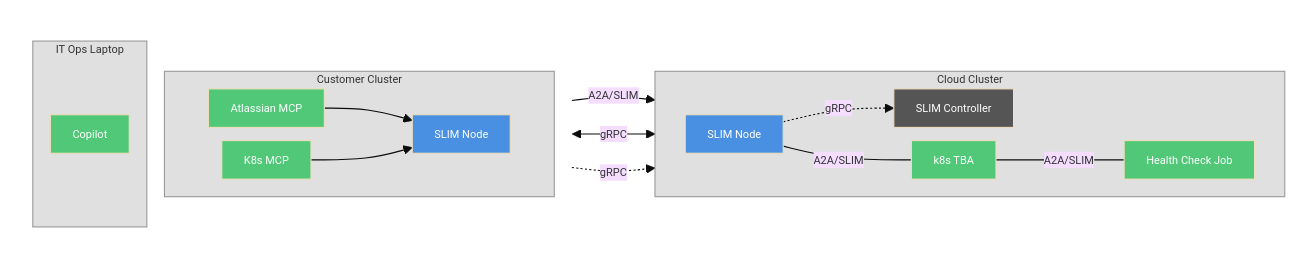
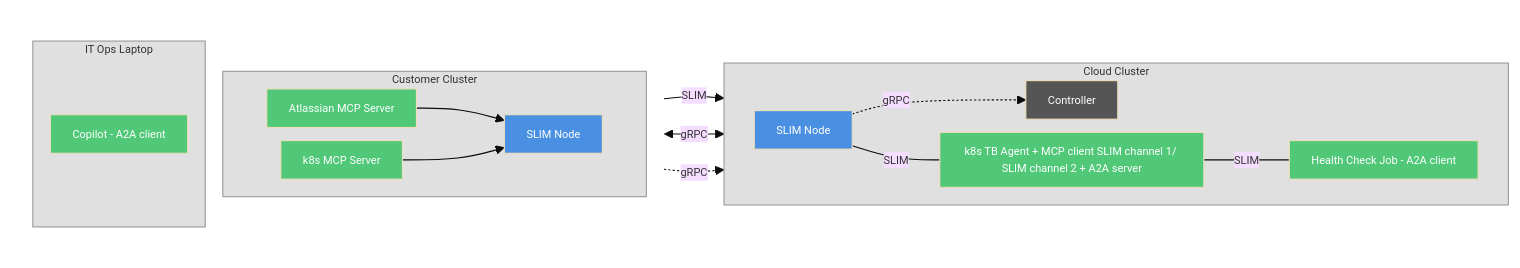
One commit to agntcy/blogs changed the sixth of 7 diagrams in presentations/slim-multicluster-demo/slim-multicluster-demo.md. Above: the diagram before and after it, drawn with Mermaid. The commit also changed other lines of this file, not shown here.

````diff
--- a/presentations/slim-multicluster-demo/slim-multicluster-demo.md
+++ b/presentations/slim-multicluster-demo/slim-multicluster-demo.md
@@ -276,43 +284,43 @@
 ```mermaid
 %%{init: {'theme': 'base', 'themeVariables': {'fontSize': '10px'}, 'flowchart': {'nodeSpacing': 12, 'rankSpacing': 30, 'padding': 10}}}%%
 graph LR
     subgraph Left[" "]
         direction TB
         subgraph Customer[Customer Cluster]
             direction LR
-            AMCP[Atlassian MCP] --> CSN[SLIM Node]
-            KMCP[K8s MCP] --> CSN
+            AMCP[Atlassian MCP Server] --> CSN[SLIM Node]
+            KMCP[k8s MCP Server] --> CSN
         end
         subgraph Laptop[IT Ops Laptop]
-            Copilot[Copilot]
+            Copilot[Copilot - A2A client]
         end
     end
 
     subgraph Cloud[Cloud Cluster]
         direction LR
         SN[SLIM Node]
-        SC[SLIM Controller]
-        HCJ[Health Check Job]
-        K8S[k8s TBA]
+        SC[Controller]
+        HCJ[Health Check Job - A2A client]
+        K8S[k8s TB Agent + MCP client SLIM channel 1/ SLIM channel 2 + A2A server]
         SN -. "gRPC" .-> SC
-        SN ---|A2A/SLIM| K8S
-        K8S ---|A2A/SLIM| HCJ
+        SN ---|SLIM| K8S
+        K8S ---|SLIM| HCJ
     end
 
-    Copilot -- "A2A/SLIM" --> SN
+    Copilot -- "SLIM" --> SN
     CSN <-- "gRPC" --> SN
     CSN -. "gRPC" .-> SC
 
     style Left fill:none,stroke:none
     style Customer fill:#e0e0e0,stroke:#999,color:#333
     style Cloud fill:#e0e0e0,stroke:#999,color:#333
     style Laptop fill:#e0e0e0,stroke:#999,color:#333
     style SC fill:#555,color:#fff
     style SN fill:#4A90E2,color:#fff
     style CSN fill:#4A90E2,color:#fff
     style AMCP fill:#50C878,color:#fff
     style KMCP fill:#50C878,color:#fff
     style K8S fill:#50C878,color:#fff
     style HCJ fill:#50C878,color:#fff
     style Copilot fill:#50C878,color:#fff
 ```
````
